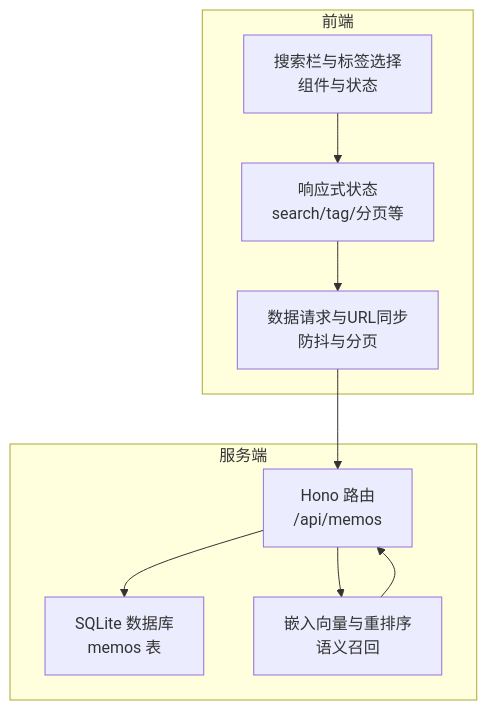
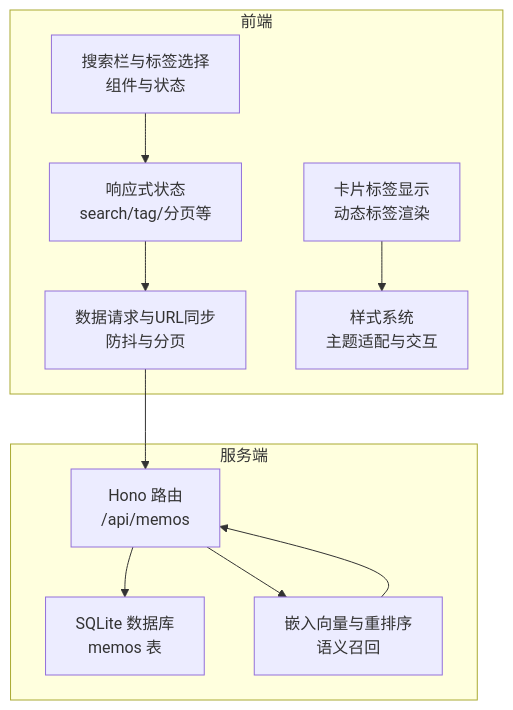
One commit to BlackBoxRecorder/memos changed the first of 9 diagrams in .qoder/repowiki/zh/content/前端应用/Masonry瀑布流界面/搜索与过滤功能.md. Above: the diagram before and after it, drawn with Mermaid. The commit also changed other lines of this file and 30 other files, not shown here.

````diff
--- a/.qoder/repowiki/zh/content/前端应用/Masonry瀑布流界面/搜索与过滤功能.md
+++ b/.qoder/repowiki/zh/content/前端应用/Masonry瀑布流界面/搜索与过滤功能.md
@@ -36,19 +46,22 @@
 ```mermaid
 graph TB
 subgraph "前端"
 UI["搜索栏与标签选择<br/>组件与状态"]
 State["响应式状态<br/>search/tag/分页等"]
 API["数据请求与URL同步<br/>防抖与分页"]
+Card["卡片标签显示<br/>动态标签渲染"]
+Style["样式系统<br/>主题适配与交互"]
 end
 subgraph "服务端"
 Hono["Hono 路由<br/>/api/memos"]
 DB["SQLite 数据库<br/>memos 表"]
 AI["嵌入向量与重排序<br/>语义召回"]
 end
 UI --> State
 State --> API
 API --> Hono
 Hono --> DB
 Hono --> AI
 AI --> Hono
+Card --> Style
 ```
````
